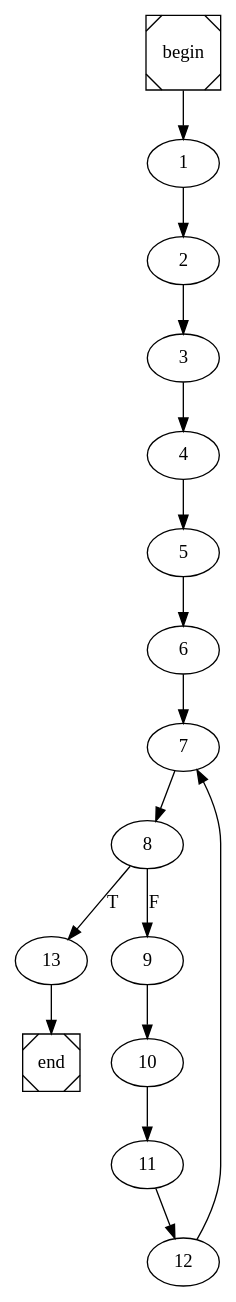
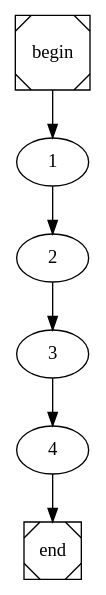
One commit to arubenruben/JMM-Compiler changed the diagram in sum.dot. Above: the diagram before and after it, drawn with Graphviz. The commit also changed 7 other files, not shown here.

```diff
--- a/sum.dot
+++ b/sum.dot
@@ -1,4 +1,4 @@
 digraph cfg {
 	begin [shape=Msquare];
 	end [shape=Msquare];
-	begin -> 1;	1 -> 2;	2 -> 3;	3 -> 4;	4 -> 5;	5 -> 6;	6 -> 7;	7 -> 8;	8 -> 13[label=T];	8 -> 9[label=F];	9 -> 10;	10 -> 11;	11 -> 12;	12 -> 7;	13 -> end;}
+	begin -> 1;	1 -> 2;	2 -> 3;	3 -> 4;	4 -> end;}
```
